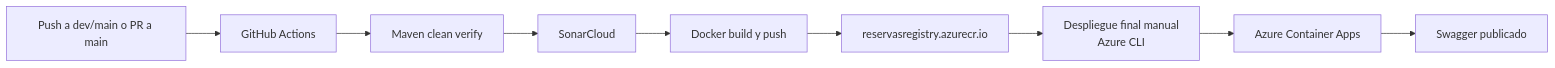
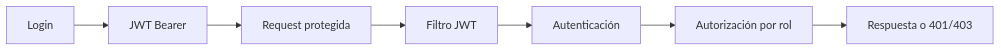
The third of 5 diagrams in README.md (spalacioc05/EAP09-Caso15-ReservasServicios-2026-1), drawn with Mermaid before and after one commit. The commit also changed other lines of this file and 6 other files, not shown here.

````diff
--- a/README.md
+++ b/README.md
@@ -676,11 +383,9 @@
 ```mermaid
 flowchart LR
-    Dev[Push a dev/main o PR a main] --> GHA[GitHub Actions]
-    GHA --> Verify[Maven clean verify]
-    Verify --> Sonar[SonarCloud]
-    Sonar --> Docker[Docker build y push]
-    Docker --> ACR[reservasregistry.azurecr.io]
-    ACR --> Manual[Despliegue final manual<br/>Azure CLI]
-    Manual --> ACA[Azure Container Apps]
-    ACA --> Swagger[Swagger publicado]
+    A[Login] --> B[JWT Bearer]
+    B --> C[Request protegida]
+    C --> D[Filtro JWT]
+    D --> E[Autenticación]
+    E --> F[Autorización por rol]
+    F --> G[Respuesta o 401/403]
 ```
````
